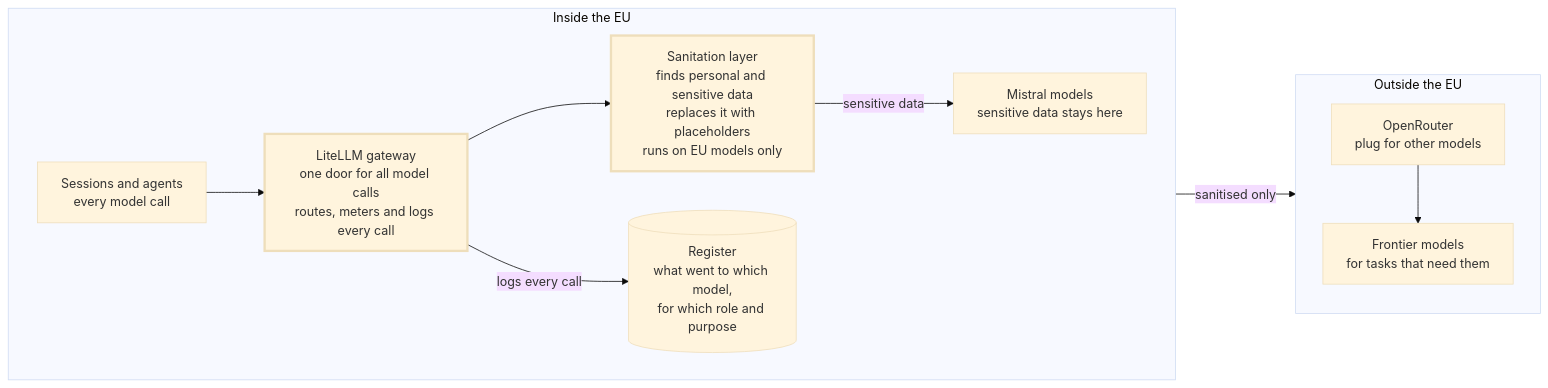
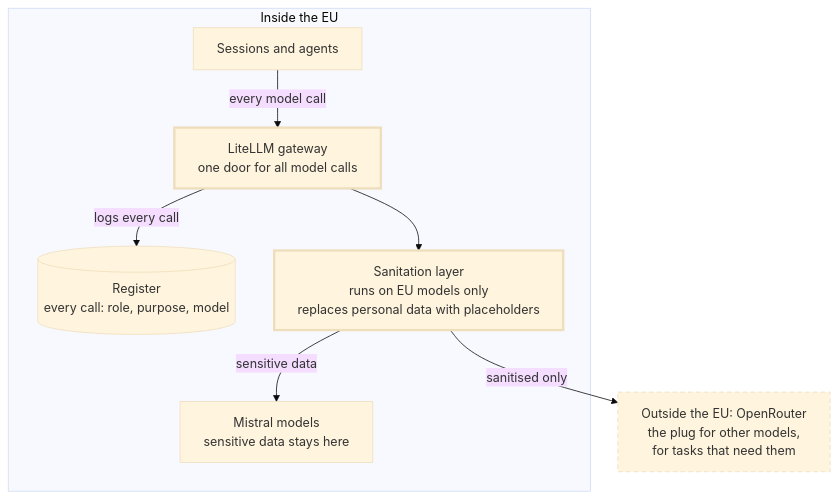
The second of 3 diagrams in README.md (bvd/factory-factory-mistral-hackaton), drawn with Mermaid (base theme) before and after one commit. The commit also changed other lines of this file, not shown here.

Commit message:
Diagrams: readable on GitHub
Wider text lines in the boxes, the hackers in order, the roles in a grid, and
the data protection drawing top to bottom so nothing sits under GitHub's zoom
buttons.

````diff
--- a/README.md
+++ b/README.md
@@ -69,26 +69,23 @@
 ```mermaid
-flowchart LR
+%%{init: {"flowchart": {"wrappingWidth": 420}}}%%
+flowchart TB
   subgraph EU["Inside the EU"]
-    direction LR
-    AG["Sessions and agents<br/>every model call"]
-    GW["LiteLLM gateway<br/>one door for all model calls<br/>routes, meters and logs every call"]
-    SAN["Sanitation layer<br/>finds personal and sensitive data<br/>replaces it with placeholders<br/>runs on EU models only"]
+    AG["Sessions and agents"]
+    GW["LiteLLM gateway<br/>one door for all model calls"]
+    REG[("Register<br/>every call: role, purpose, model")]
+    SAN["Sanitation layer<br/>runs on EU models only<br/>replaces personal data with placeholders"]
     MIS["Mistral models<br/>sensitive data stays here"]
-    REG[("Register<br/>what went to which model,<br/>for which role and purpose")]
   end
-  subgraph OUT["Outside the EU"]
-    direction TB
-    OR["OpenRouter<br/>plug for other models"]
-    FM["Frontier models<br/>for tasks that need them"]
-  end
+  OR["Outside the EU: OpenRouter<br/>the plug for other models,<br/>for tasks that need them"]
 
-  AG --> GW
+  AG -->|every model call| GW
+  GW -->|logs every call| REG
   GW --> SAN
-  GW -->|logs every call| REG
   SAN -->|sensitive data| MIS
   SAN -->|sanitised only| OR
-  OR --> FM
 
   classDef key stroke-width:3px;
+  classDef outside stroke-dasharray: 6 4;
   class GW,SAN key;
+  class OR outside;
 ```
````
